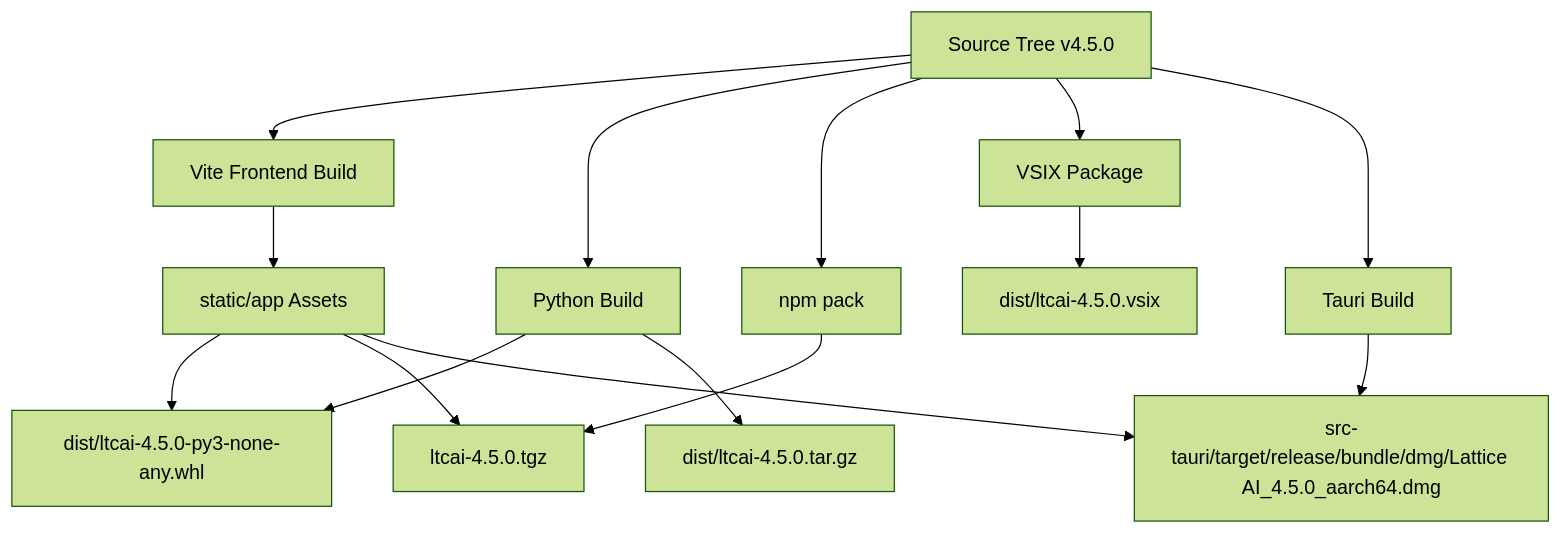
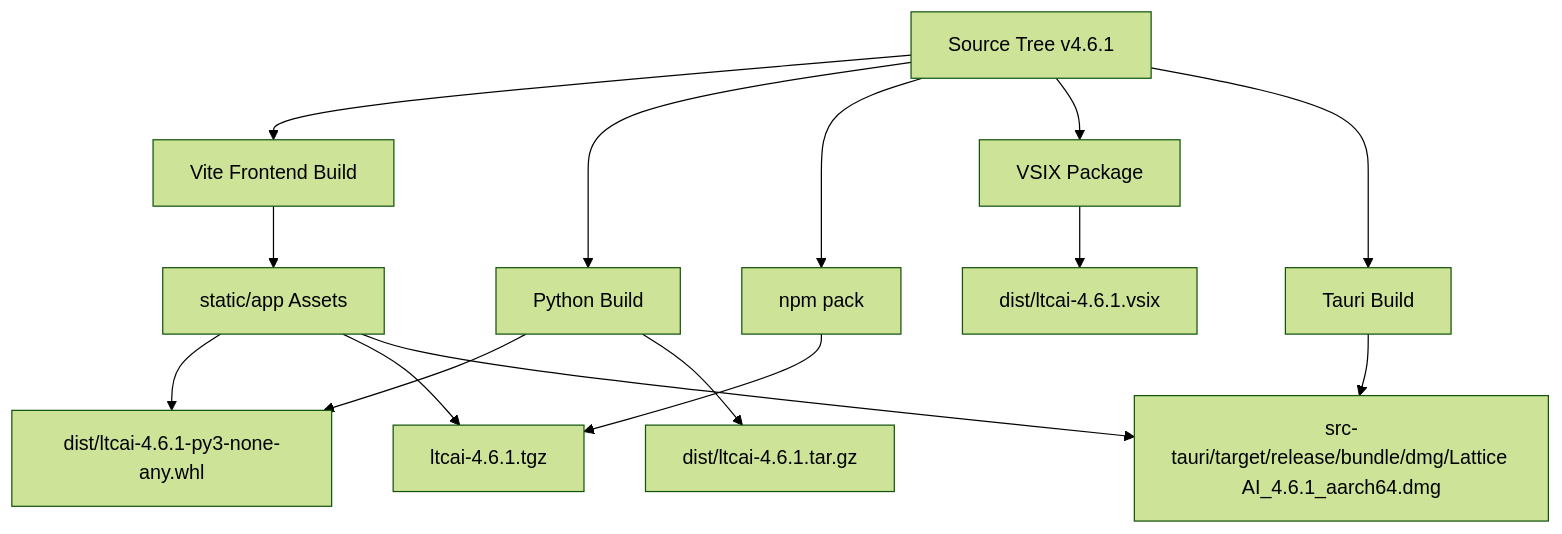
The tenth of 10 diagrams in ARCHITECTURE.md (TaeSooPark-PTS/LatticeAI), drawn with Mermaid (forest theme) before and after one commit. The commit also changed other lines of this file and 41 other files, not shown here.

````diff
--- a/ARCHITECTURE.md
+++ b/ARCHITECTURE.md
@@ -337,18 +246,18 @@
 ```mermaid
 flowchart TB
-  Source["Source Tree v4.5.0"] --> FrontendBuild["Vite Frontend Build"]
+  Source["Source Tree v4.6.1"] --> FrontendBuild["Vite Frontend Build"]
   Source --> PythonBuild["Python Build"]
   Source --> NpmPack["npm pack"]
   Source --> VsixBuild["VSIX Package"]
   Source --> TauriBuild["Tauri Build"]
 
   FrontendBuild --> StaticAssets["static/app Assets"]
-  PythonBuild --> Wheel["dist/ltcai-4.5.0-py3-none-any.whl"]
-  PythonBuild --> Sdist["dist/ltcai-4.5.0.tar.gz"]
-  NpmPack --> Tgz["ltcai-4.5.0.tgz"]
-  VsixBuild --> Vsix["dist/ltcai-4.5.0.vsix"]
-  TauriBuild --> Dmg["src-tauri/target/release/bundle/dmg/Lattice AI_4.5.0_aarch64.dmg"]
+  PythonBuild --> Wheel["dist/ltcai-4.6.1-py3-none-any.whl"]
+  PythonBuild --> Sdist["dist/ltcai-4.6.1.tar.gz"]
+  NpmPack --> Tgz["ltcai-4.6.1.tgz"]
+  VsixBuild --> Vsix["dist/ltcai-4.6.1.vsix"]
+  TauriBuild --> Dmg["src-tauri/target/release/bundle/dmg/Lattice AI_4.6.1_aarch64.dmg"]
   StaticAssets --> Wheel
   StaticAssets --> Tgz
   StaticAssets --> Dmg
 ```
````
